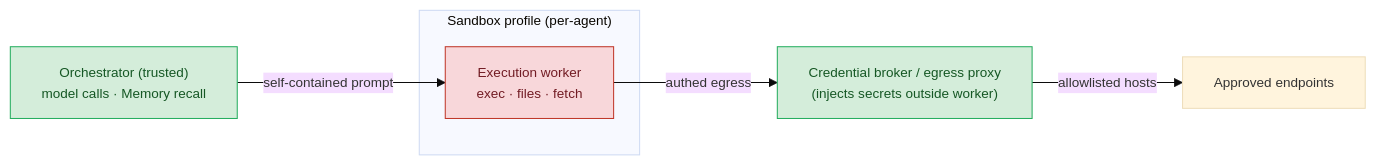
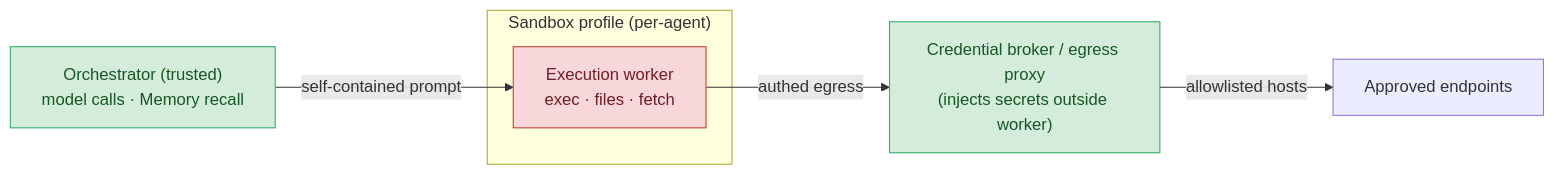
Before and after one commit to alex-oleshkevich/dailydrift: the first of 2 diagrams in specs/sandboxing.md, drawn with Mermaid. The commit also changed other lines of this file and 44 other files, not shown here.

````diff
--- a/specs/sandboxing.md
+++ b/specs/sandboxing.md
@@ -142,15 +142,14 @@
 ```mermaid
-%%{init: {'theme': 'base', 'themeVariables': {'fontSize': '13px'}}}%%
 flowchart LR
     classDef trust fill:#D4EDDA,stroke:#27AE60,color:#155724
     classDef box fill:#F8D7DA,stroke:#C0392B,color:#721C24
 
-    O["Orchestrator (trusted)\nmodel calls · Memory recall"]:::trust
-    B["Credential broker / egress proxy\n(injects secrets outside worker)"]:::trust
+    O["Orchestrator (trusted)<br/>model calls · Memory recall"]:::trust
+    B["Credential broker / egress proxy<br/>(injects secrets outside worker)"]:::trust
     subgraph SB["Sandbox profile (per-agent)"]
-        W["Execution worker\nexec · files · fetch"]:::box
+        W["Execution worker<br/>exec · files · fetch"]:::box
     end
     O -->|self-contained prompt| W
     W -->|authed egress| B
     B -->|allowlisted hosts| NET["Approved endpoints"]
 ```
````
